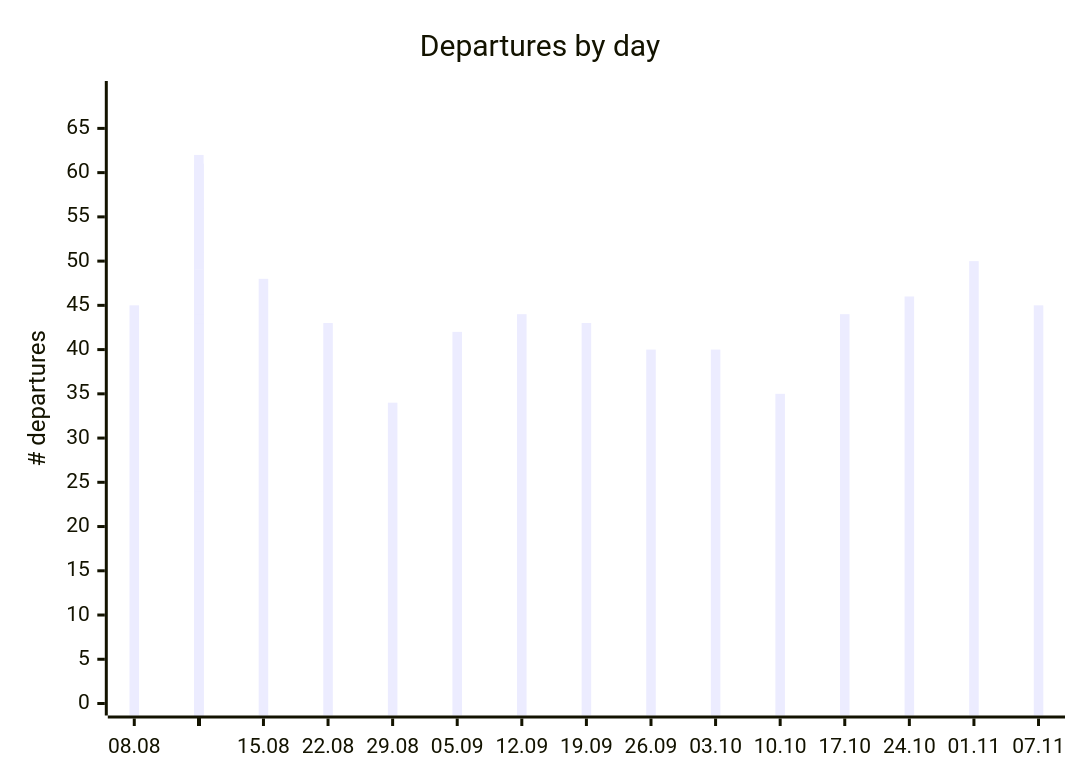
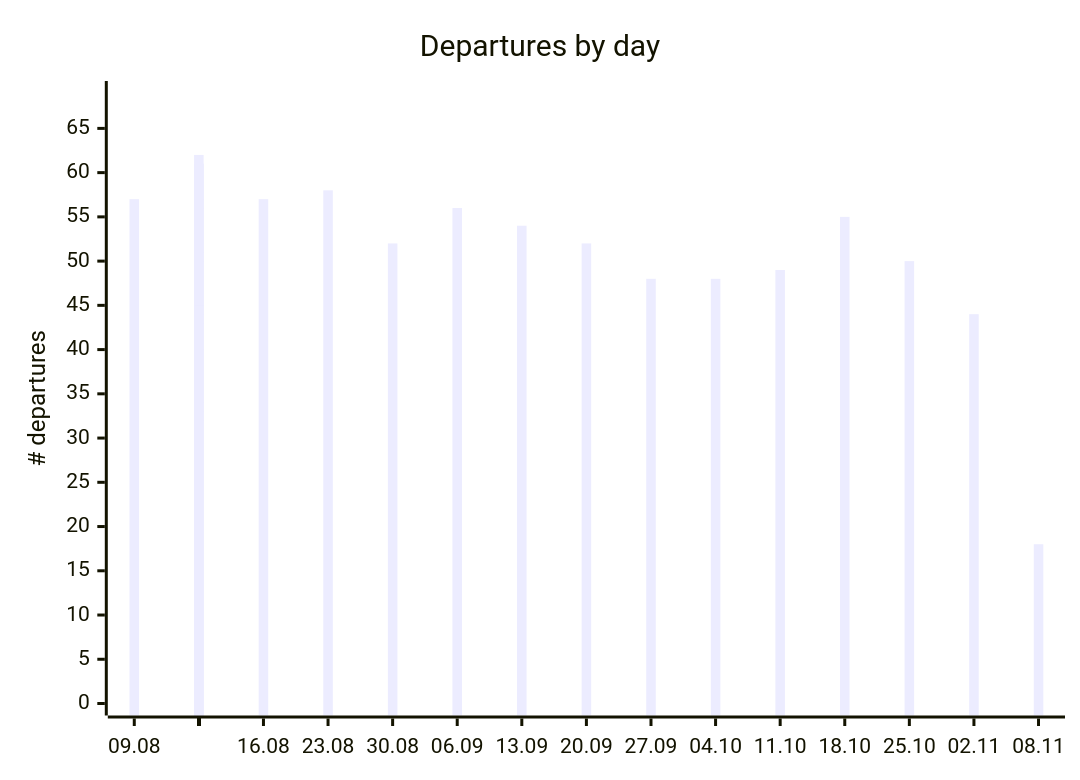
One commit to rainermesi/tll-airport-departures changed the first of 2 diagrams in README.md. Above: the diagram before and after it, drawn with Mermaid. The commit also changed other lines of this file and 3 other files, not shown here.

````diff
--- a/README.md
+++ b/README.md
@@ -65,12 +65,12 @@
 ```mermaid
 ---
 xyChart:
     xAxis:
       labelFontSize: 8
 ---
 xychart-beta
     title "Departures by day"
-    x-axis ["08.08", " ", " ", " ", " ", " ", " ", "15.08", " ", " ", " ", " ", " ", " ", "22.08", " ", " ", " ", " ", " ", " ", "29.08", " ", " ", " ", " ", " ", " ", "05.09", " ", " ", " ", " ", " ", " ", "12.09", " ", " ", " ", " ", " ", " ", "19.09", " ", " ", " ", " ", " ", " ", "26.09", " ", " ", " ", " ", " ", " ", "03.10", " ", " ", " ", " ", " ", " ", "10.10", " ", " ", " ", " ", " ", " ", "17.10", " ", " ", " ", " ", " ", " ", "24.10", " ", " ", " ", " ", " ", " ", "01.11", " ", " ", " ", " ", "07.11"]
+    x-axis ["09.08", " ", " ", " ", " ", " ", " ", "16.08", " ", " ", " ", " ", " ", " ", "23.08", " ", " ", " ", " ", " ", " ", "30.08", " ", " ", " ", " ", " ", " ", "06.09", " ", " ", " ", " ", " ", " ", "13.09", " ", " ", " ", " ", " ", " ", "20.09", " ", " ", " ", " ", " ", " ", "27.09", " ", " ", " ", " ", " ", " ", "04.10", " ", " ", " ", " ", " ", " ", "11.10", " ", " ", " ", " ", " ", " ", "18.10", " ", " ", " ", " ", " ", " ", "25.10", " ", " ", " ", " ", " ", " ", "02.11", " ", " ", " ", " ", "08.11"]
     y-axis "# departures" 0 --> 69
-    bar [45, 57, 58, 43, 53, 54, 61, 48, 57, 60, 46, 54, 55, 60, 43, 58, 58, 48, 54, 33, 32, 34, 52, 54, 45, 54, 49, 62, 42, 56, 57, 48, 53, 52, 61, 44, 54, 56, 47, 51, 52, 59, 43, 52, 55, 46, 51, 53, 57, 40, 48, 54, 42, 46, 52, 54, 40, 48, 50, 36, 45, 46, 53, 35, 49, 50, 34, 46, 52, 58, 44, 55, 56, 46, 48, 52, 57, 46, 50, 46, 51, 27, 49, 49, 50, 44, 20, 43, 24, 45]
+    bar [57, 58, 43, 53, 54, 61, 48, 57, 60, 46, 54, 55, 60, 43, 58, 58, 48, 54, 33, 32, 34, 52, 54, 45, 54, 49, 62, 42, 56, 57, 48, 53, 52, 61, 44, 54, 56, 47, 51, 52, 59, 43, 52, 55, 46, 51, 53, 57, 40, 48, 54, 42, 46, 52, 54, 40, 48, 50, 36, 45, 46, 53, 35, 49, 50, 34, 46, 52, 58, 44, 55, 56, 46, 48, 52, 57, 46, 50, 46, 51, 27, 49, 49, 50, 44, 20, 43, 24, 45, 18]
 ```
````
